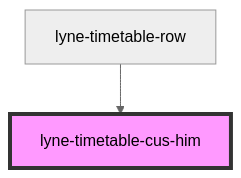
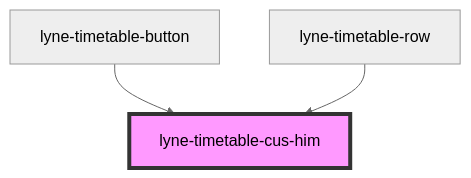
One commit to sbb-design-systems/lyne-components changed the diagram in src/components/lyne-timetable-cus-him/readme.md. Above: the diagram before and after it, drawn with Mermaid (neutral theme). The commit also changed other lines of this file and 13 other files, not shown here.

Commit message:
feat: working on timetable-button variants

````diff
--- a/src/components/lyne-timetable-cus-him/readme.md
+++ b/src/components/lyne-timetable-cus-him/readme.md
@@ -23,5 +24,6 @@
 ```mermaid
 graph TD;
+  lyne-timetable-button --> lyne-timetable-cus-him
   lyne-timetable-row --> lyne-timetable-cus-him
   style lyne-timetable-cus-him fill:#f9f,stroke:#333,stroke-width:4px
 ```
````
